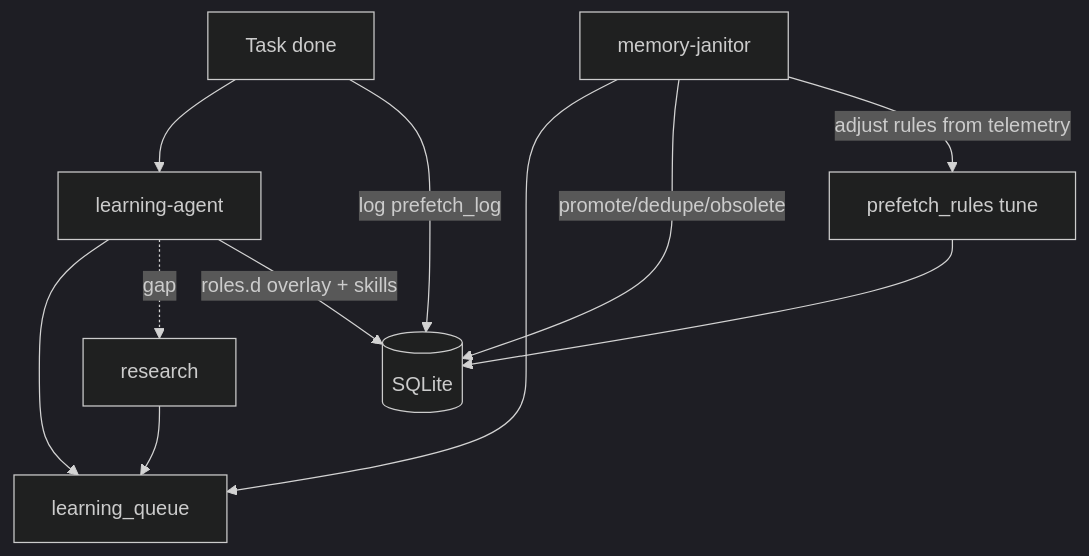
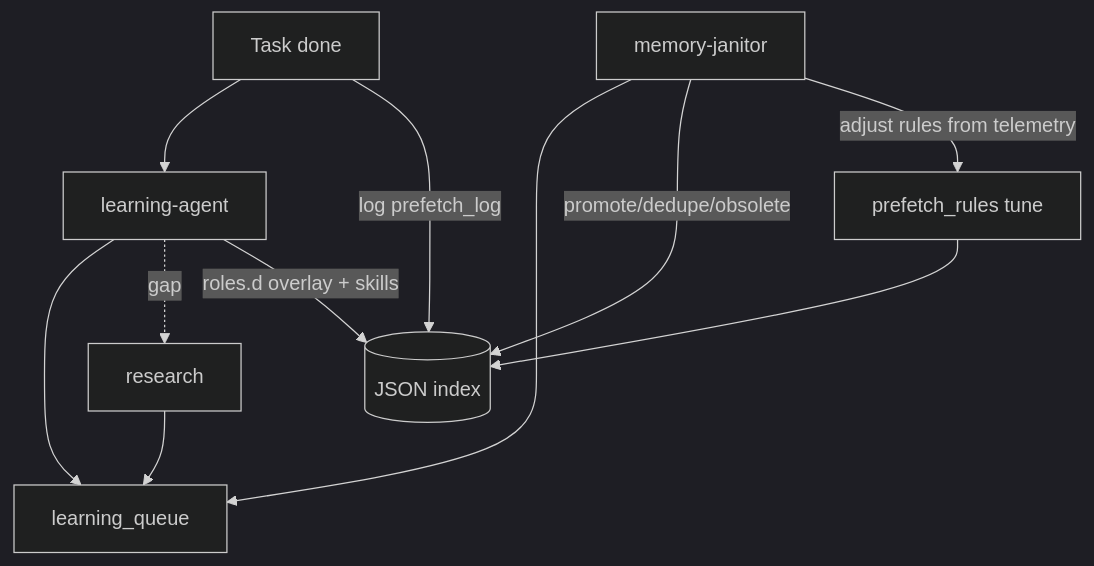
One commit to jahrulnr/sapaloq changed the second of 2 diagrams in docs/CONTEXT-SOP.md. Above: the diagram before and after it, drawn with Mermaid (dark theme). The commit also changed other lines of this file and 34 other files, not shown here.

````diff
--- a/docs/CONTEXT-SOP.md
+++ b/docs/CONTEXT-SOP.md
@@ -490,21 +487,21 @@
 ```mermaid
 flowchart TB
   DONE[Task done]
   LA[learning-agent]
   LQ[learning_queue]
   MJ[memory-janitor]
   RES[research]
-  IX[(SQLite)]
+  IX[(JSON index)]
   PR[prefetch_rules tune]
 
   DONE --> LA
   LA --> LQ
   LA -.gap.-> RES
   RES --> LQ
   DONE -->|log prefetch_log| IX
   MJ --> LQ
   MJ -->|promote/dedupe/obsolete| IX
   MJ -->|adjust rules from telemetry| PR
   LA -->|roles.d overlay + skills| IX
   PR --> IX
 ```
````
